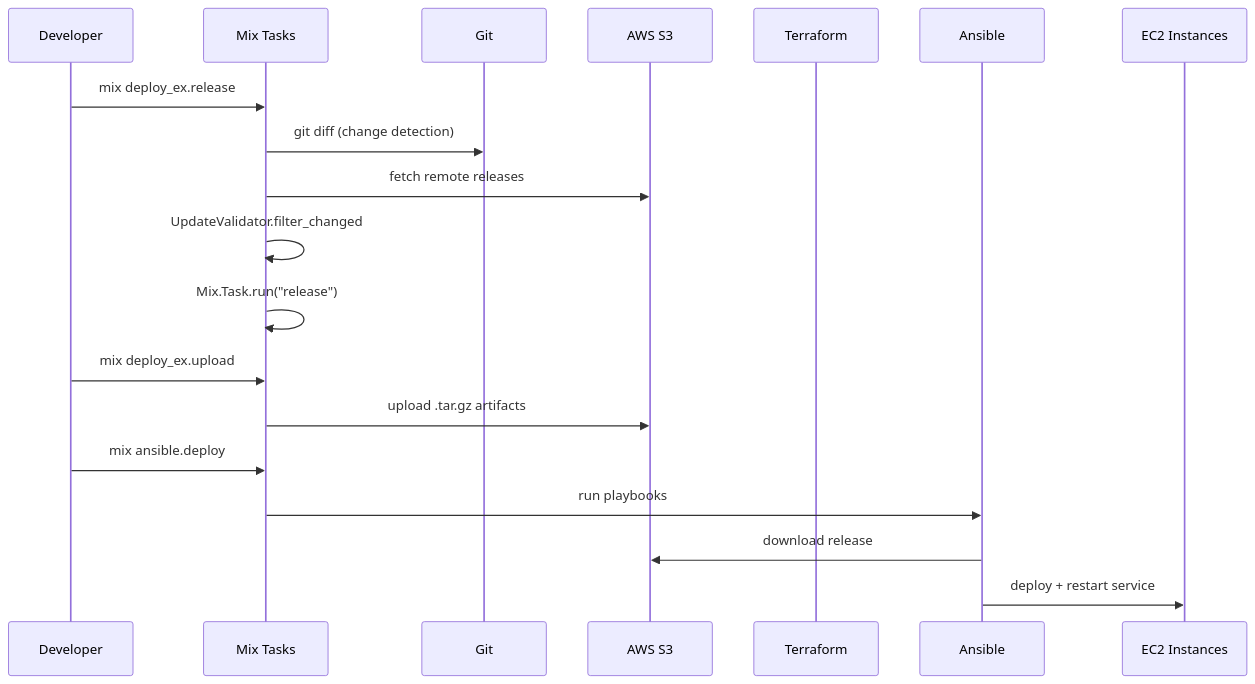
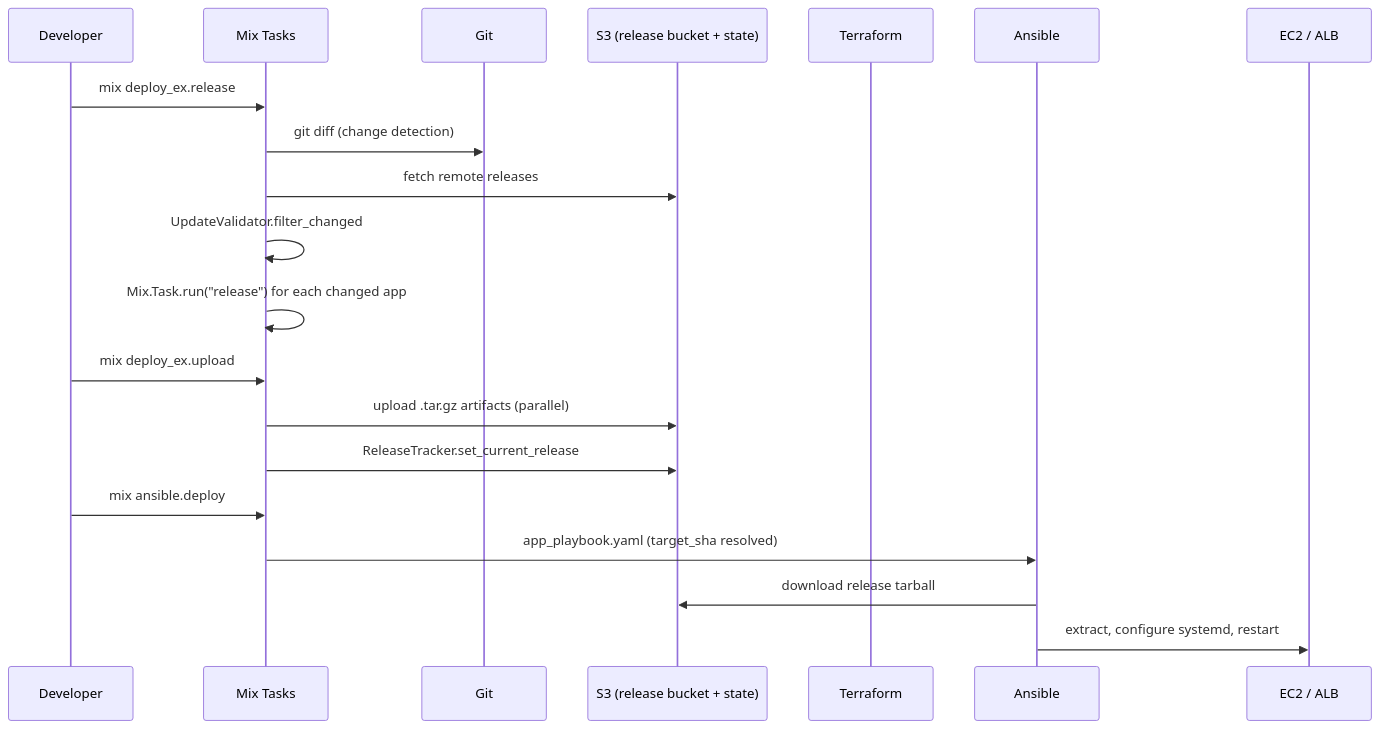
Before and after one commit to MikaAK/deploy_ex: the second of 8 diagrams in guides/explanation/architecture.md, drawn with Mermaid. The commit also changed other lines of this file and 19 other files, not shown here.

````diff
--- a/guides/explanation/architecture.md
+++ b/guides/explanation/architecture.md
@@ -70,22 +90,23 @@
 ```mermaid
 sequenceDiagram
     participant Dev as Developer
     participant Mix as Mix Tasks
     participant Git as Git
-    participant S3 as AWS S3
+    participant S3 as S3 (release bucket + state)
     participant TF as Terraform
-    participant Ansible as Ansible
-    participant EC2 as EC2 Instances
+    participant AnsibleAS as Ansible
+    participant EC2 as EC2 / ALB
 
     Dev->>Mix: mix deploy_ex.release
     Mix->>Git: git diff (change detection)
     Mix->>S3: fetch remote releases
     Mix->>Mix: UpdateValidator.filter_changed
-    Mix->>Mix: Mix.Task.run("release")
+    Mix->>Mix: Mix.Task.run("release") for each changed app
     Dev->>Mix: mix deploy_ex.upload
-    Mix->>S3: upload .tar.gz artifacts
+    Mix->>S3: upload .tar.gz artifacts (parallel)
+    Mix->>S3: ReleaseTracker.set_current_release
     Dev->>Mix: mix ansible.deploy
-    Mix->>Ansible: run playbooks
-    Ansible->>S3: download release
-    Ansible->>EC2: deploy + restart service
+    Mix->>AnsibleAS: app_playbook.yaml (target_sha resolved)
+    AnsibleAS->>S3: download release tarball
+    AnsibleAS->>EC2: extract, configure systemd, restart
 ```
````
